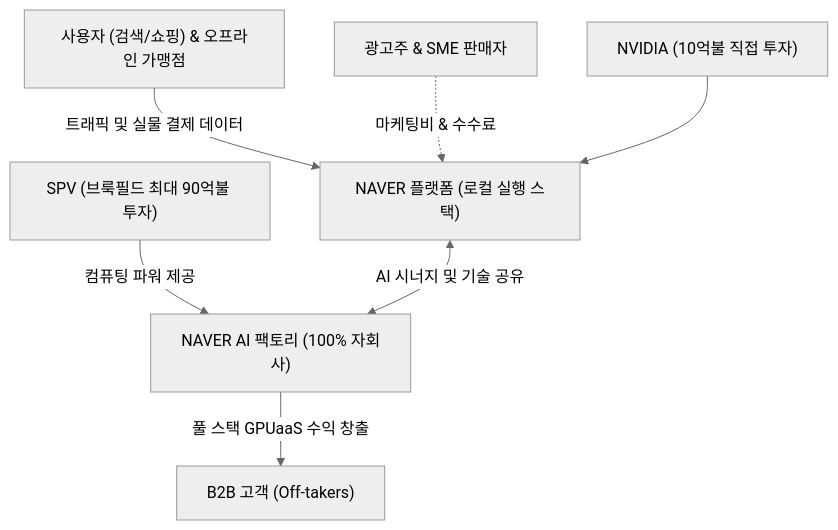
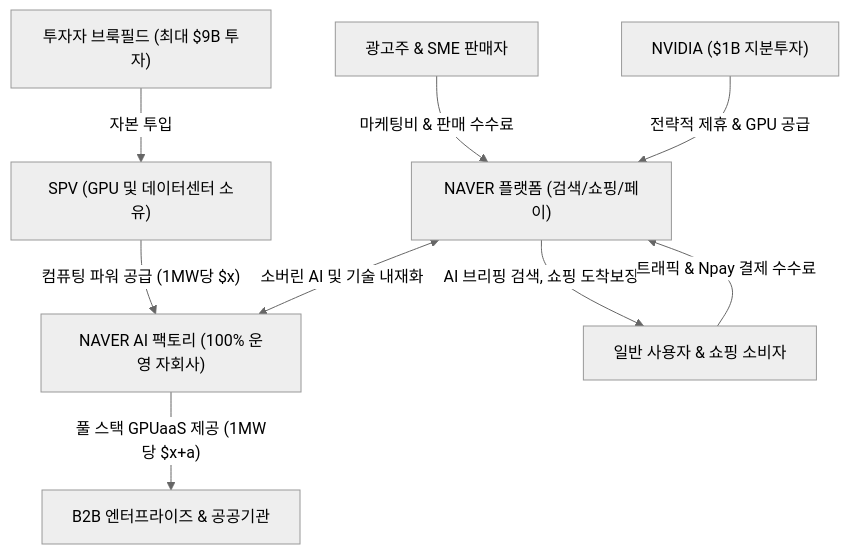
Before and after one commit to eve830521-cmd/my-skill: the diagram in Stock_Research/NAVER/3_Final_Reports/Phase1_Report.md, drawn with Mermaid (neutral theme). The commit also changed other lines of this file and 127 other files, not shown here.

````diff
--- a/Stock_Research/NAVER/3_Final_Reports/Phase1_Report.md
+++ b/Stock_Research/NAVER/3_Final_Reports/Phase1_Report.md
@@ -13,9 +27,11 @@
 ```mermaid
 graph TD
-    A["사용자 (검색/쇼핑) & 오프라인 가맹점"] -->|"트래픽 및 실물 결제 데이터"| B["NAVER 플랫폼 (로컬 실행 스택)"]
-    C["광고주 & SME 판매자"] -. "마케팅비 & 수수료" .-> B
-    D["SPV (브룩필드 최대 90억불 투자)"] -->|"컴퓨팅 파워 제공"| E["NAVER AI 팩토리 (100% 자회사)"]
-    F["NVIDIA (10억불 직접 투자)"] --> B
-    E -->|"풀 스택 GPUaaS 수익 창출"| G["B2B 고객 (Off-takers)"]
-    B <-->|"AI 시너지 및 기술 공유"| E
+    A["광고주 & SME 판매자"] -->|"마케팅비 & 판매 수수료"| B["NAVER 플랫폼 (검색/쇼핑/페이)"]
+    A1["NVIDIA ($1B 지분투자)"] -->|"전략적 제휴 & GPU 공급"| B
+    A2["투자자 브룩필드 (최대 $9B 투자)"] -->|"자본 투입"| SPV["SPV (GPU 및 데이터센터 소유)"]
+    SPV -->|"컴퓨팅 파워 공급 (1MW당 $x)"| AF["NAVER AI 팩토리 (100% 운영 자회사)"]
+    B <-->|"소버린 AI 및 기술 내재화"| AF
+    B -->|"AI 브리핑 검색, 쇼핑 도착보장"| C["일반 사용자 & 쇼핑 소비자"]
+    C -->|"트래픽 & Npay 결제 수수료"| B
+    AF -->|"풀 스택 GPUaaS 제공 (1MW당 $x+a)"| D["B2B 엔터프라이즈 & 공공기관"]
 ```
````
